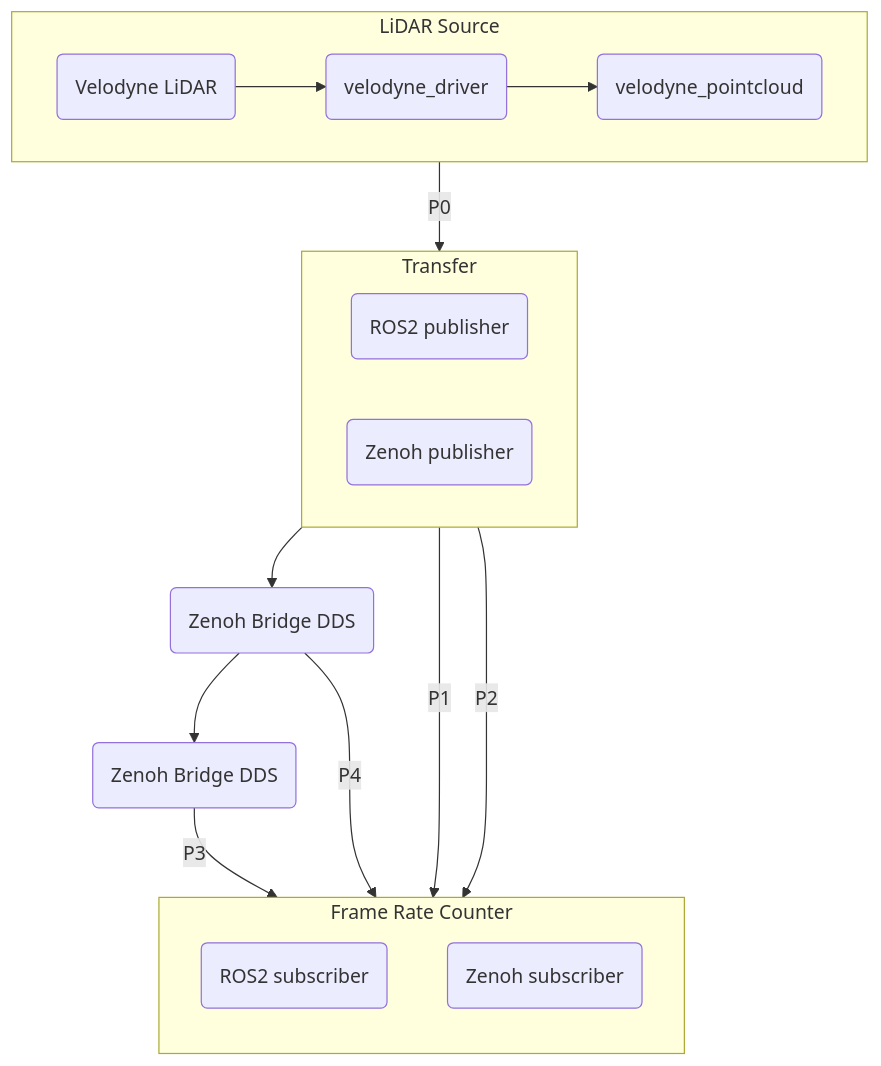
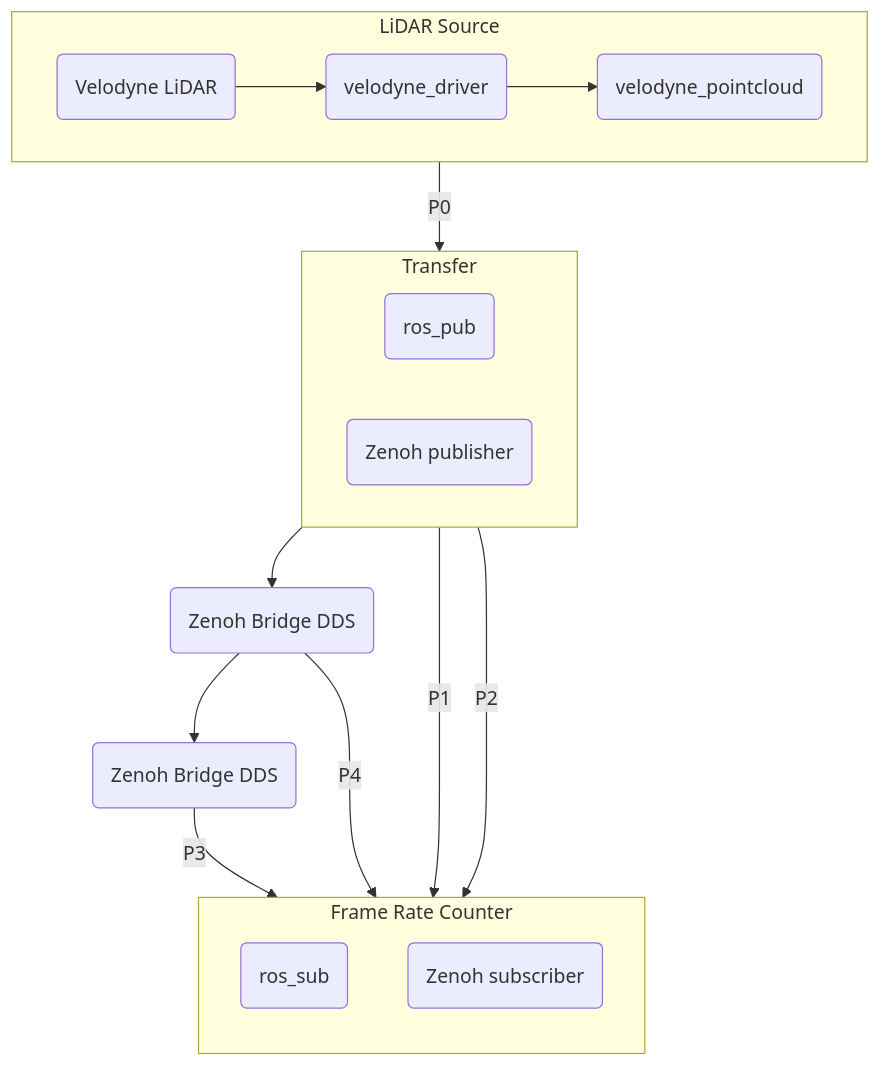
One commit to NEWSLabNTU/ros2-dds-zenoh-comparison changed the diagram in README.md. Above: the diagram before and after it, drawn with Mermaid. The commit also changed other lines of this file, not shown here.

````diff
--- a/README.md
+++ b/README.md
@@ -6,27 +5,27 @@
 ```mermaid
 flowchart TB
 subgraph SR[LiDAR Source]
     direction LR
     VL(Velodyne LiDAR)
     VD(velodyne_driver)
     VP(velodyne_pointcloud)
     VL --> VD --> VP
 end
 VP -- P0 --> TF
 subgraph TF[Transfer]
     direction LR
-    RP(ROS2 publisher)
+    RP(ros_pub)
     ZP(Zenoh publisher)
 end
 subgraph FRC[Frame Rate Counter]
     direction TB
-    RS(ROS2 subscriber)
+    RS(ros_sub)
     ZS(Zenoh subscriber)
 end
 RP -- P1 --> RS
 ZP -- P2 --> ZS
 ZBD1(Zenoh Bridge DDS)
 ZBD2(Zenoh Bridge DDS)
 RP --> ZBD1 --> ZBD2 -- P3 --> RS
 ZBD1 -- P4 --> ZS
 ```
````
